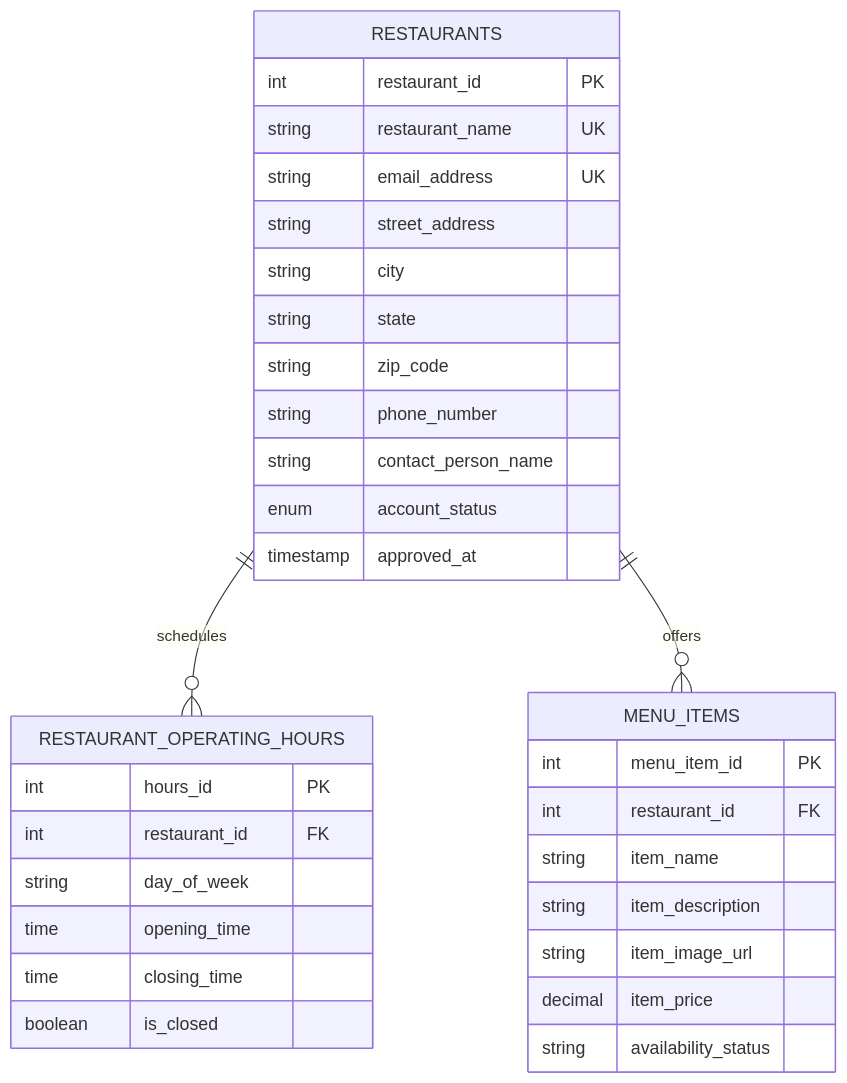
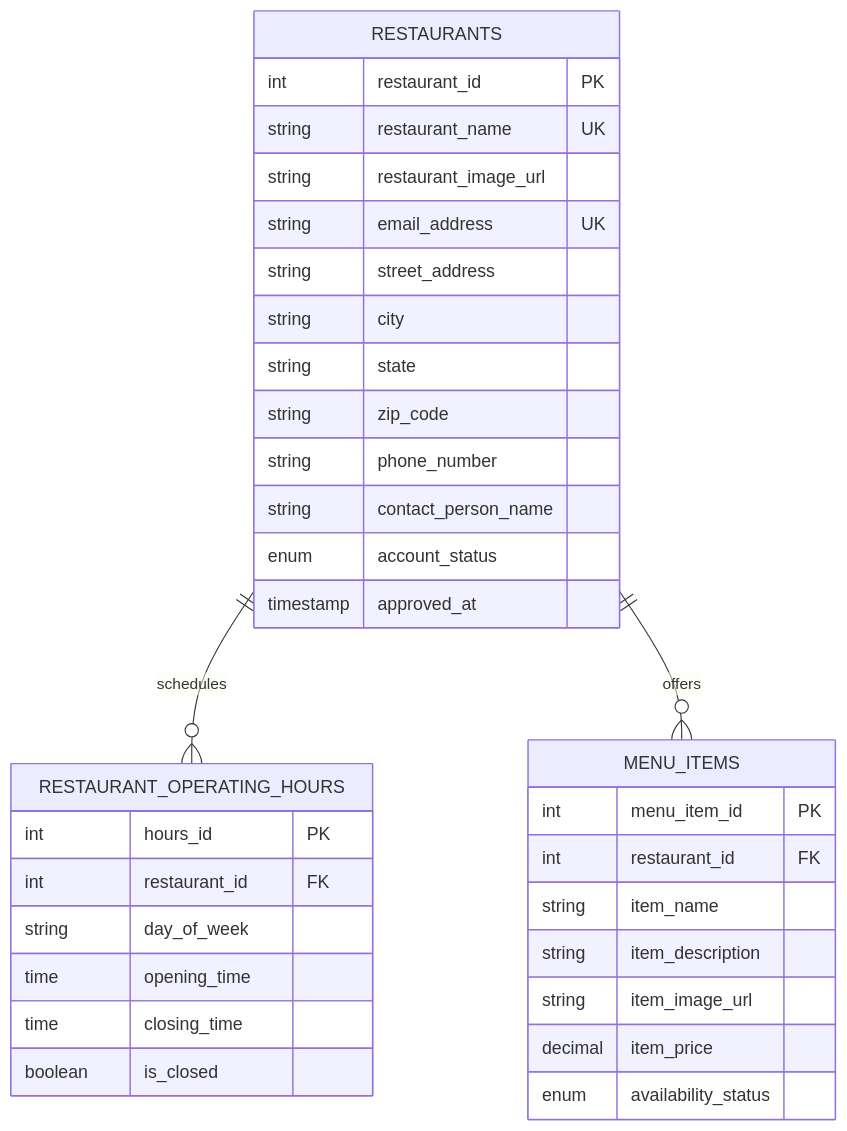
Before and after one commit to kassi-bertrand/frontdash: the second of 4 diagrams in docs/frontdash-database-design.md, drawn with Mermaid. The commit also changed other lines of this file, not shown here.

````diff
--- a/docs/frontdash-database-design.md
+++ b/docs/frontdash-database-design.md
@@ -425,38 +421,39 @@
 ```mermaid
 erDiagram
   RESTAURANTS {
     int restaurant_id PK
     string restaurant_name UK
+    string restaurant_image_url
     string email_address UK
     string street_address
     string city
     string state
     string zip_code
     string phone_number
     string contact_person_name
     enum account_status
     timestamp approved_at
   }
 
   RESTAURANT_OPERATING_HOURS {
     int hours_id PK
     int restaurant_id FK
     string day_of_week
     time opening_time
     time closing_time
     boolean is_closed
   }
 
   MENU_ITEMS {
     int menu_item_id PK
     int restaurant_id FK
     string item_name
     string item_description
     string item_image_url
     decimal item_price
-    string availability_status
+    enum availability_status
   }
 
   RESTAURANTS ||--o{ RESTAURANT_OPERATING_HOURS : schedules
   RESTAURANTS ||--o{ MENU_ITEMS : offers
 ```
````
